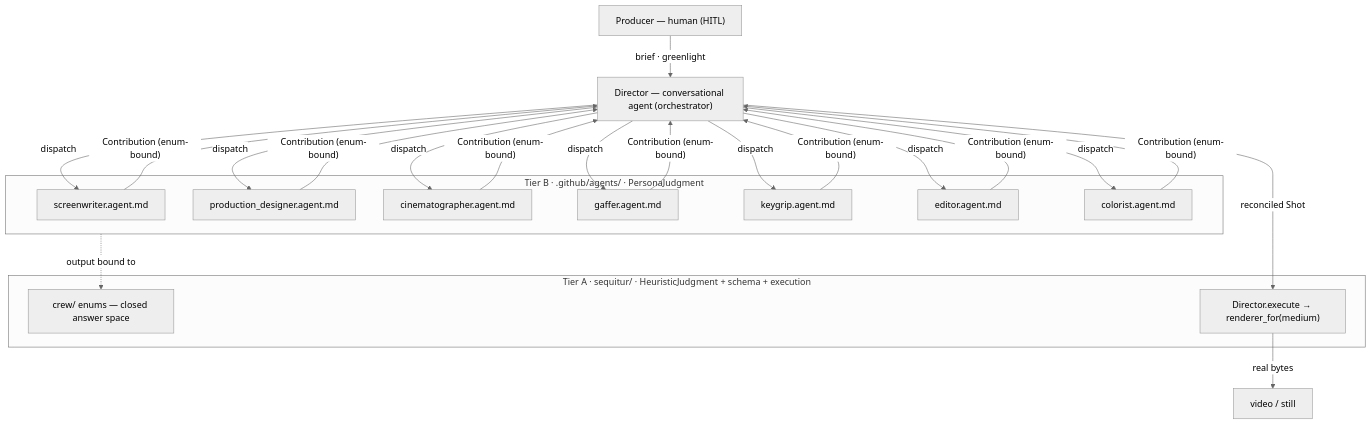
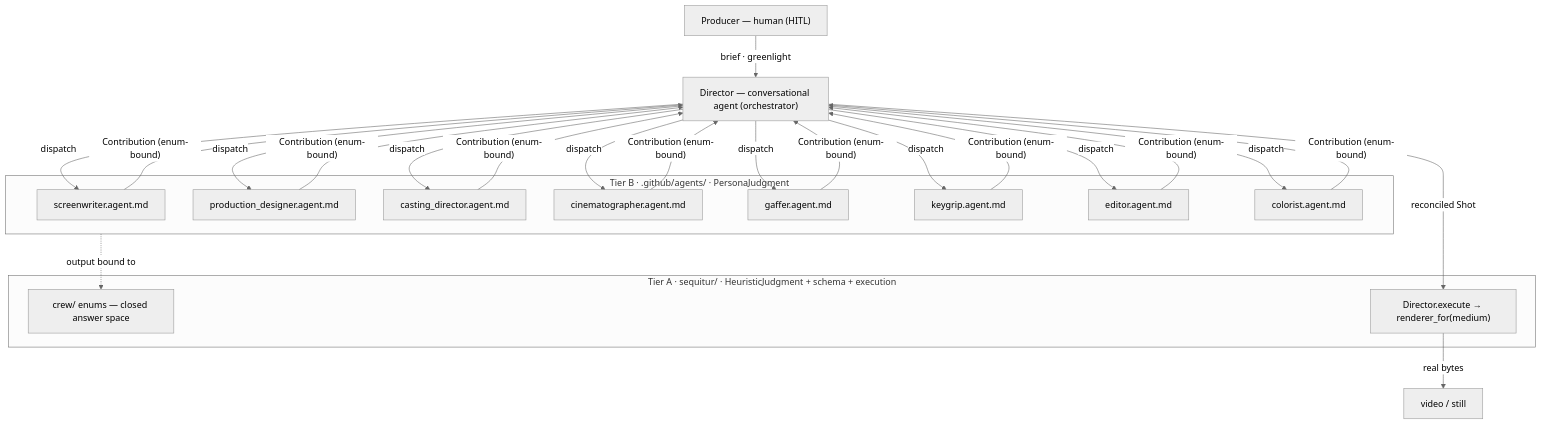
One commit to HarryJamesGreenblatt/sequitur_studios changed the third of 3 diagrams in context/architecture.md. Above: the diagram before and after it, drawn with Mermaid (neutral theme). The commit also changed other lines of this file and 2 other files, not shown here.

First line of the commit message:
docs: reconcile README + architecture + OVERVIEW to current state (through 0054)

````diff
--- a/context/architecture.md
+++ b/context/architecture.md
@@ -434,24 +437,25 @@
 ```mermaid
 flowchart TB
     PROD["Producer — human (HITL)"]
     DIR["Director — conversational agent (orchestrator)"]
     subgraph B["Tier B · .github/agents/ · PersonaJudgment"]
         SCR["screenwriter.agent.md"]
         PDS["production_designer.agent.md"]
+        CST["casting_director.agent.md"]
         CIN["cinematographer.agent.md"]
         GAF["gaffer.agent.md"]
         GRP["keygrip.agent.md"]
         EDT["editor.agent.md"]
         COL["colorist.agent.md"]
     end
     subgraph A["Tier A · sequitur/ · HeuristicJudgment + schema + execution"]
         ENUMS["crew/ enums — closed answer space"]
         HOOK["Director.execute → renderer_for(medium)"]
     end
     PROD -->|"brief · greenlight"| DIR
-    DIR -->|"dispatch"| SCR & PDS & CIN & GAF & GRP & EDT & COL
-    SCR & PDS & CIN & GAF & GRP & EDT & COL -->|"Contribution (enum-bound)"| DIR
+    DIR -->|"dispatch"| SCR & PDS & CST & CIN & GAF & GRP & EDT & COL
+    SCR & PDS & CST & CIN & GAF & GRP & EDT & COL -->|"Contribution (enum-bound)"| DIR
     B -.->|"output bound to"| ENUMS
     DIR -->|"reconciled Shot"| HOOK
     HOOK -->|"real bytes"| OUT["video / still"]
 ```
````
